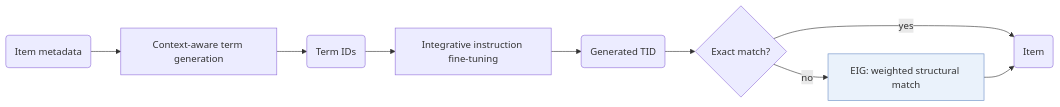
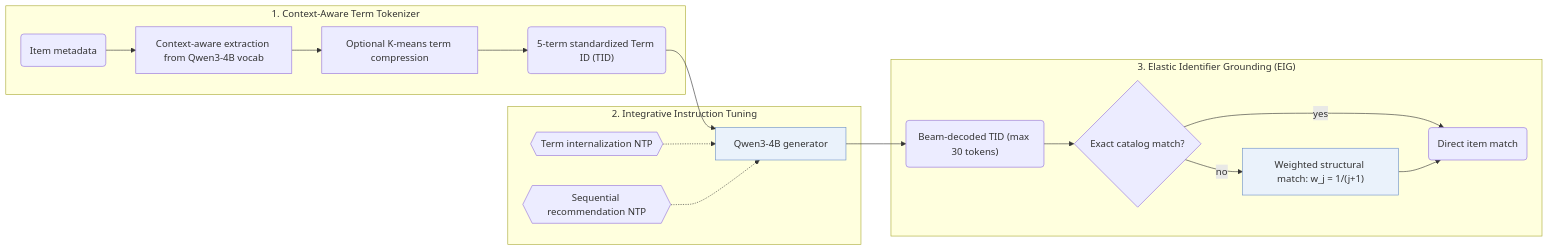
The diagram in notes/grlm.md (Galaxy-ghost/Awesome-SID-Generative-Rec), drawn with Mermaid before and after one commit. The commit also changed other lines of this file and 649 other files, not shown here.

Commit message:
writer-05: also tags and modality index (schema, check, build, visuals); summary field removed; calibration data for 12 papers

````diff
--- a/notes/grlm.md
+++ b/notes/grlm.md
@@ -13,12 +14,21 @@
 ```mermaid
 flowchart LR
-    A("Item metadata") --> B["Context-aware term generation"]
-    B --> C("Term IDs")
-    C --> D["Integrative instruction fine-tuning"]
-    D --> E("Generated TID")
-    E --> F{"Exact match?"}
-    F -->|yes| G("Item")
-    F -->|no| H["EIG: weighted structural match"]:::key
-    H --> G
+    subgraph Tok["1. Context-Aware Term Tokenizer"]
+        A("Item metadata") --> B["Context-aware extraction from Qwen3-4B vocab"]
+        B --> C["Optional K-means term compression"]
+        C --> D("5-term standardized Term ID (TID)")
+    end
+    subgraph Train["2. Integrative Instruction Tuning"]
+        D --> E["Qwen3-4B generator"]:::key
+        L1{{"Term internalization NTP"}} -.-> E
+        L2{{"Sequential recommendation NTP"}} -.-> E
+    end
+    subgraph Inf["3. Elastic Identifier Grounding (EIG)"]
+        E --> F("Beam-decoded TID (max 30 tokens)")
+        F --> G{"Exact catalog match?"}
+        G -->|yes| H("Direct item match")
+        G -->|no| I["Weighted structural match: w_j = 1/(j+1)"]:::key
+        I --> H
+    end
     classDef key fill:#eaf2fb,stroke:#6b8fc7
 ```
````
